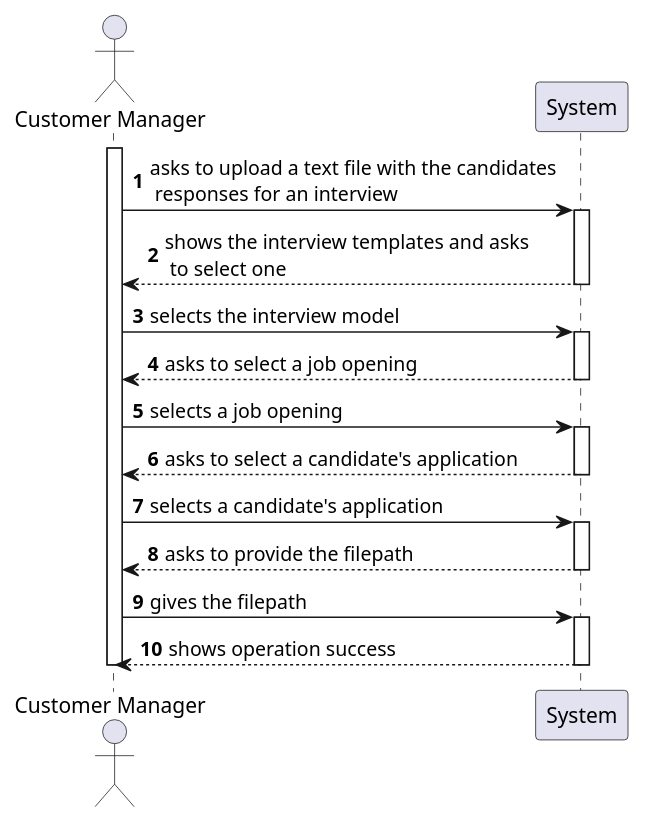
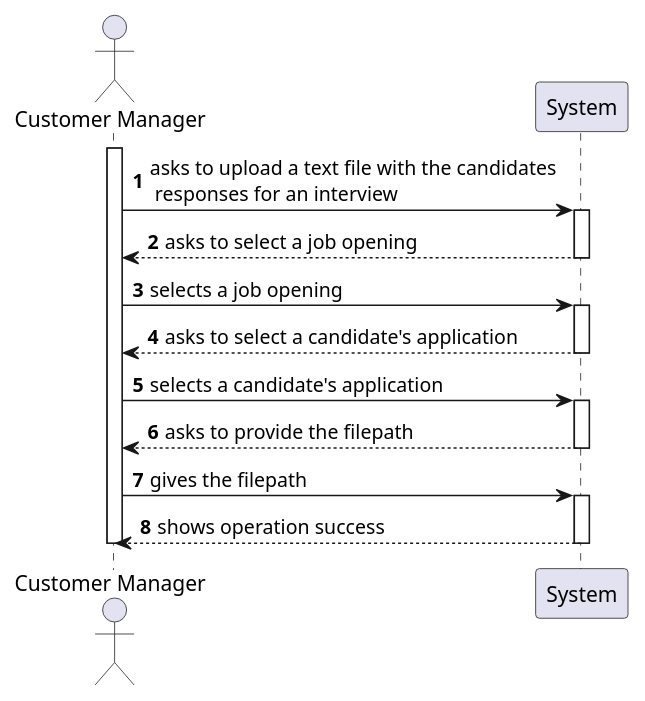
One commit to rita-barbosa/LAPR4-2324 changed the diagram in docs/sprint-c/us_1017/SSD/US1017_SSD.puml. Above: the diagram before and after it, drawn with PlantUML. The commit also changed 5 other files, not shown here.

```diff
--- a/docs/sprint-c/us_1017/SSD/US1017_SSD.puml
+++ b/docs/sprint-c/us_1017/SSD/US1017_SSD.puml
@@ -1,41 +1,36 @@
 @startuml US1017_SSD
 autonumber
 
 actor "Customer Manager" as USER
 participant "System" as SYS
 
 activate USER
 
 USER -> SYS : asks to upload a text file with the candidates\n responses for an interview
-activate SYS
-SYS --> USER : shows the interview templates and asks\n to select one
-deactivate SYS
-
-USER -> SYS : selects the interview model
 activate SYS
 
 'loop until the user wants
 
 SYS --> USER : asks to select a job opening
 deactivate SYS
 
 USER -> SYS : selects a job opening
 activate SYS
 SYS --> USER : asks to select a candidate's application
 deactivate SYS
 
 USER -> SYS : selects a candidate's application
 activate SYS
 SYS --> USER : asks to provide the filepath
 deactivate SYS
 
 USER -> SYS : gives the filepath
 activate SYS
 SYS --> USER : shows operation success
 deactivate SYS
 
 'end loop
 
 deactivate USER
 
 @enduml
```
